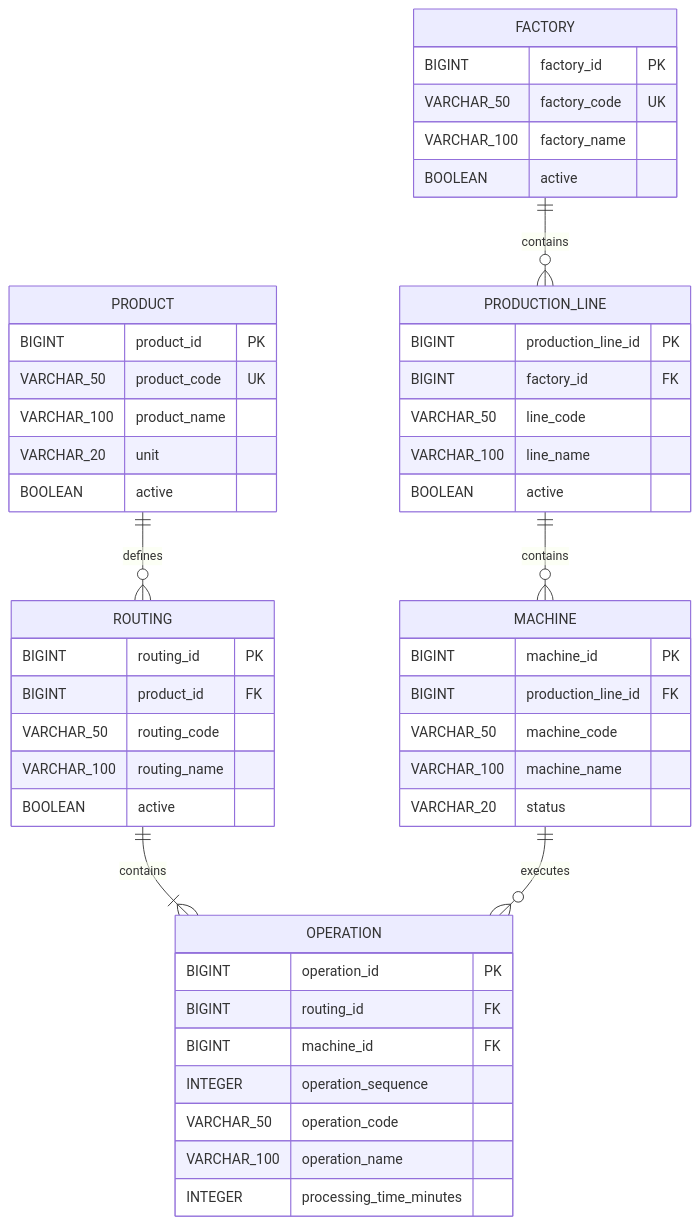
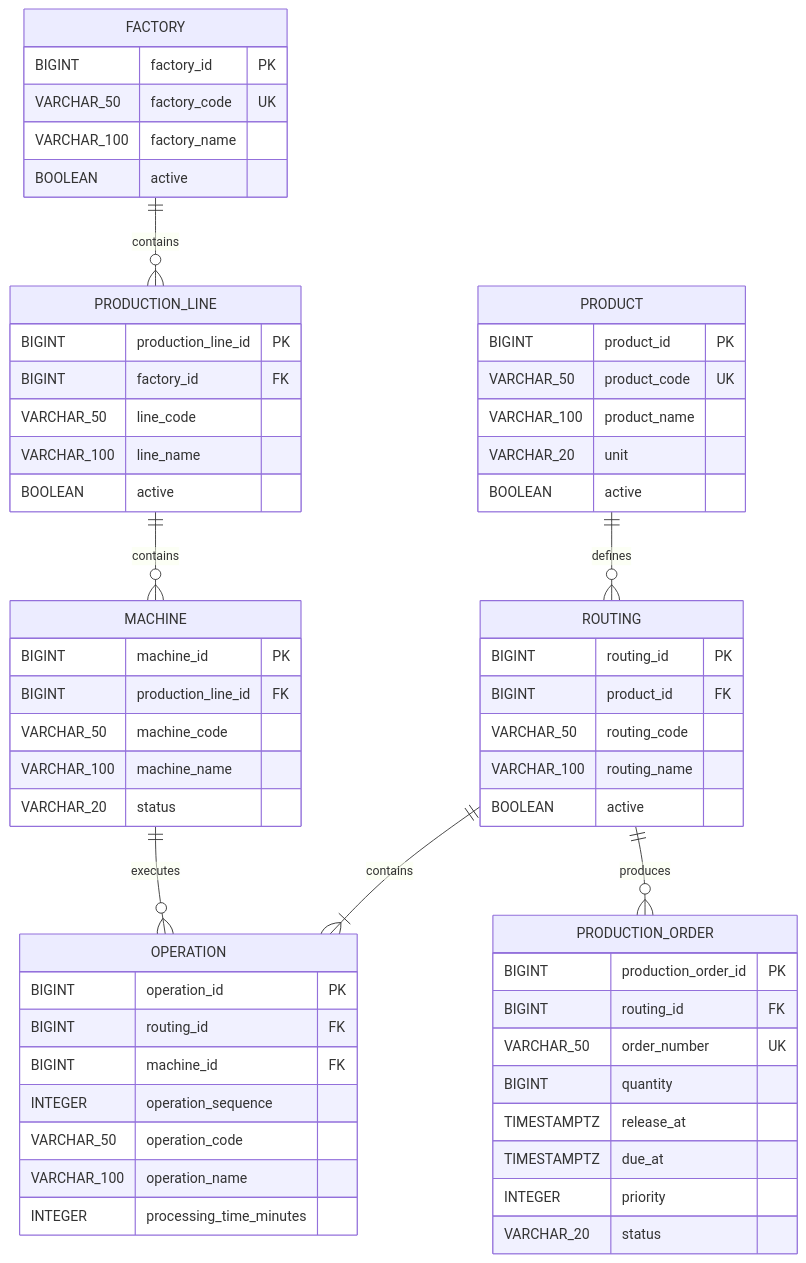
The diagram in docs/03-erd.md (Juglee0527/aps-engine), drawn with Mermaid before and after one commit. The commit also changed other lines of this file and 18 other files, not shown here.

First line of the commit message:
feat: ProductionOrder 관리 기능 추가

````diff
--- a/docs/03-erd.md
+++ b/docs/03-erd.md
@@ -5,51 +5,62 @@
 ```mermaid
 erDiagram
     FACTORY {
         BIGINT factory_id PK
         VARCHAR_50 factory_code UK
         VARCHAR_100 factory_name
         BOOLEAN active
     }
     PRODUCTION_LINE {
         BIGINT production_line_id PK
         BIGINT factory_id FK
         VARCHAR_50 line_code
         VARCHAR_100 line_name
         BOOLEAN active
     }
     MACHINE {
         BIGINT machine_id PK
         BIGINT production_line_id FK
         VARCHAR_50 machine_code
         VARCHAR_100 machine_name
         VARCHAR_20 status
     }
     PRODUCT {
         BIGINT product_id PK
         VARCHAR_50 product_code UK
         VARCHAR_100 product_name
         VARCHAR_20 unit
         BOOLEAN active
     }
     ROUTING {
         BIGINT routing_id PK
         BIGINT product_id FK
         VARCHAR_50 routing_code
         VARCHAR_100 routing_name
         BOOLEAN active
     }
     OPERATION {
         BIGINT operation_id PK
         BIGINT routing_id FK
         BIGINT machine_id FK
         INTEGER operation_sequence
         VARCHAR_50 operation_code
         VARCHAR_100 operation_name
         INTEGER processing_time_minutes
     }
+    PRODUCTION_ORDER {
+        BIGINT production_order_id PK
+        BIGINT routing_id FK
+        VARCHAR_50 order_number UK
+        BIGINT quantity
+        TIMESTAMPTZ release_at
+        TIMESTAMPTZ due_at
+        INTEGER priority
+        VARCHAR_20 status
+    }
     FACTORY ||--o{ PRODUCTION_LINE : contains
     PRODUCTION_LINE ||--o{ MACHINE : contains
     PRODUCT ||--o{ ROUTING : defines
     ROUTING ||--|{ OPERATION : contains
     MACHINE ||--o{ OPERATION : executes
+    ROUTING ||--o{ PRODUCTION_ORDER : produces
 ```
````
